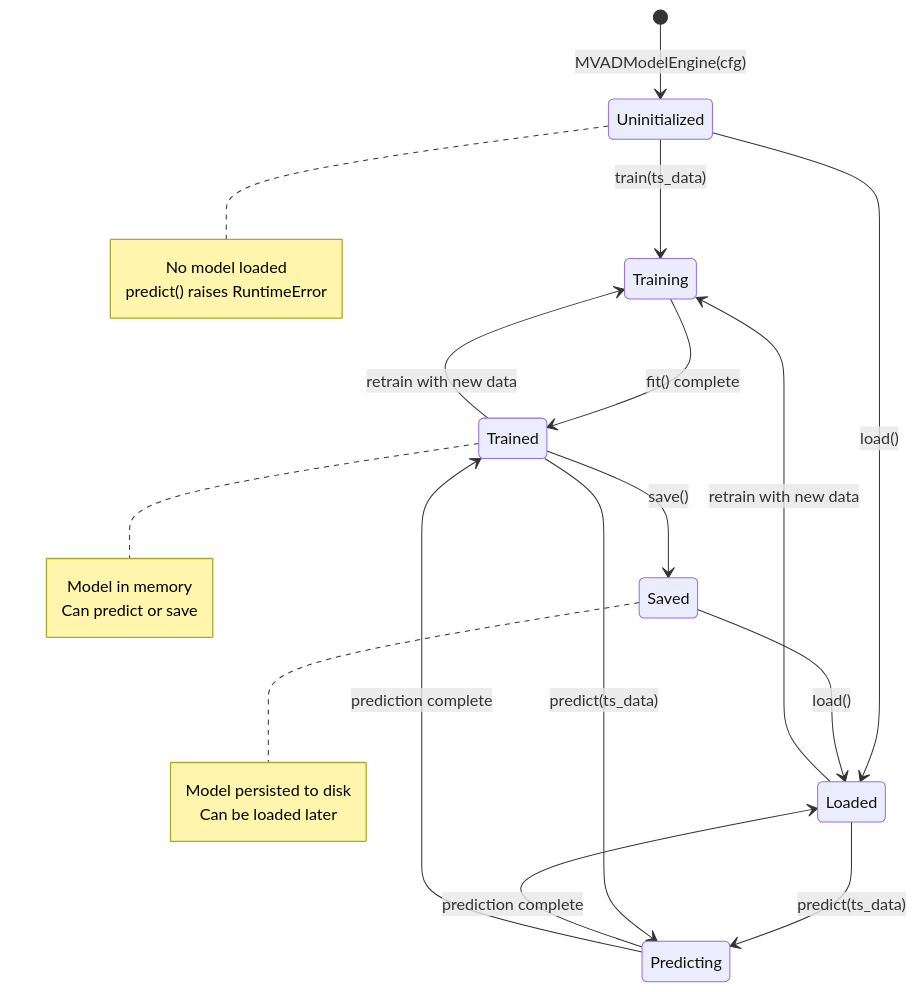
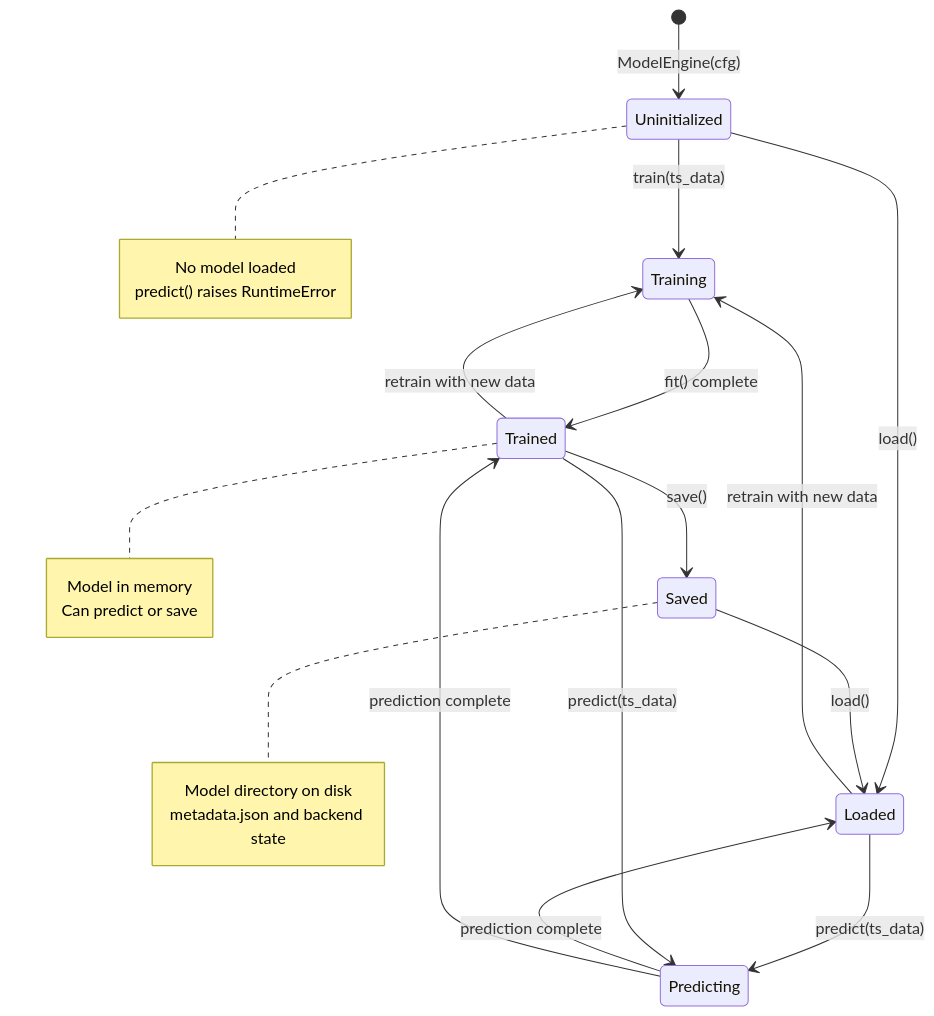
One commit to AbstractionsLab/idps-escape changed the sixth of 9 diagrams in docs/manual/sonar_docs/uml-diagrams.md. Above: the diagram before and after it, drawn with Mermaid. The commit also changed other lines of this file and 682 other files, not shown here.

````diff
--- a/docs/manual/sonar_docs/uml-diagrams.md
+++ b/docs/manual/sonar_docs/uml-diagrams.md
@@ -441,35 +717,35 @@
 ```mermaid
 stateDiagram-v2
-    [*] --> Uninitialized: MVADModelEngine(cfg)
+    [*] --> Uninitialized: ModelEngine(cfg)
 
     Uninitialized --> Training: train(ts_data)
     Uninitialized --> Loaded: load()
 
     Training --> Trained: fit() complete
     Trained --> Saved: save()
     Saved --> Loaded: load()
 
     Loaded --> Predicting: predict(ts_data)
     Trained --> Predicting: predict(ts_data)
 
     Predicting --> Loaded: prediction complete
     Predicting --> Trained: prediction complete
 
     Trained --> Training: retrain with new data
     Loaded --> Training: retrain with new data
 
     note right of Uninitialized
         No model loaded
         predict() raises RuntimeError
     end note
 
     note right of Trained
         Model in memory
         Can predict or save
     end note
 
     note right of Saved
-        Model persisted to disk
-        Can be loaded later
+        Model directory on disk
+        metadata.json and backend state
     end note
 ```
````
